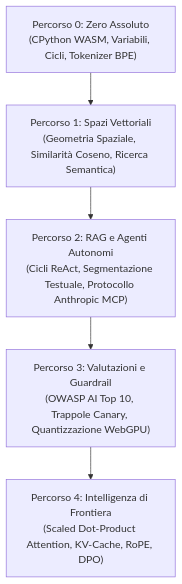
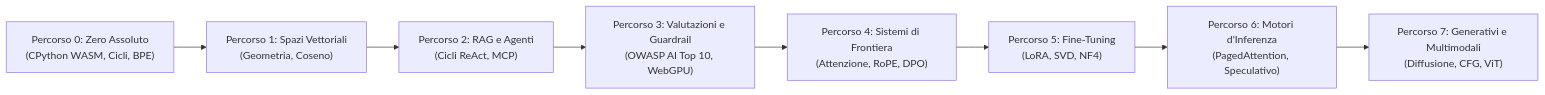
The diagram in docs/translations/README_it.md (Adilrafiq001/OpenGuideForAI), drawn with Mermaid before and after one commit. The commit also changed other lines of this file and 45 other files, not shown here.

````diff
--- a/docs/translations/README_it.md
+++ b/docs/translations/README_it.md
@@ -98,10 +98,13 @@
 ```mermaid
-graph TD
-    T0["Percorso 0: Zero Assoluto<br/>(CPython WASM, Variabili, Cicli, Tokenizer BPE)"]
-    T1["Percorso 1: Spazi Vettoriali<br/>(Geometria Spaziale, Similarità Coseno, Ricerca Semantica)"]
-    T2["Percorso 2: RAG e Agenti Autonomi<br/>(Cicli ReAct, Segmentazione Testuale, Protocollo Anthropic MCP)"]
-    T3["Percorso 3: Valutazioni e Guardrail<br/>(OWASP AI Top 10, Trappole Canary, Quantizzazione WebGPU)"]
-    T4["Percorso 4: Intelligenza di Frontiera<br/>(Scaled Dot-Product Attention, KV-Cache, RoPE, DPO)"]
+graph LR
+    T0["Percorso 0: Zero Assoluto<br/>(CPython WASM, Cicli, BPE)"]
+    T1["Percorso 1: Spazi Vettoriali<br/>(Geometria, Coseno)"]
+    T2["Percorso 2: RAG e Agenti<br/>(Cicli ReAct, MCP)"]
+    T3["Percorso 3: Valutazioni e Guardrail<br/>(OWASP AI Top 10, WebGPU)"]
+    T4["Percorso 4: Sistemi di Frontiera<br/>(Attenzione, RoPE, DPO)"]
+    T5["Percorso 5: Fine-Tuning<br/>(LoRA, SVD, NF4)"]
+    T6["Percorso 6: Motori d'Inferenza<br/>(PagedAttention, Speculativo)"]
+    T7["Percorso 7: Generativi e Multimodali<br/>(Diffusione, CFG, ViT)"]
 
-    T0 --> T1 --> T2 --> T3 --> T4
+    T0 --> T1 --> T2 --> T3 --> T4 --> T5 --> T6 --> T7
 ```
````
